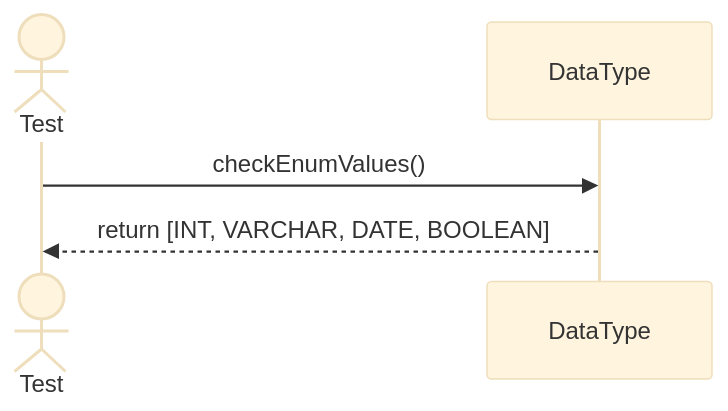
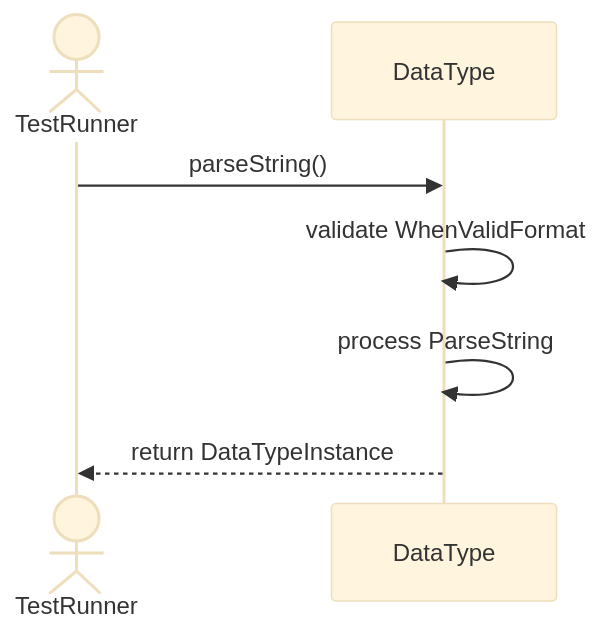
The second of 5 diagrams in Sequences/DatabaseObjectManagement/DataType.md (TamBui1706/DBMS), drawn with Mermaid (base theme) before and after one commit. The commit also changed other lines of this file and 63 other files, not shown here.

Commit message:
Draw sequence diagram for unit tests

````diff
--- a/Sequences/DatabaseObjectManagement/DataType.md
+++ b/Sequences/DatabaseObjectManagement/DataType.md
@@ -7,8 +29,9 @@
 ```mermaid
 sequenceDiagram
-    actor Test
+    actor TestRunner
     participant DataType
-
-    Test->>DataType: checkEnumValues()
-    DataType-->>Test: return [INT, VARCHAR, DATE, BOOLEAN]
+    TestRunner->>DataType: parseString()
+    DataType->>DataType: validate WhenValidFormat
+    DataType->>DataType: process ParseString
+    DataType-->>TestRunner: return DataTypeInstance
 ```
````
